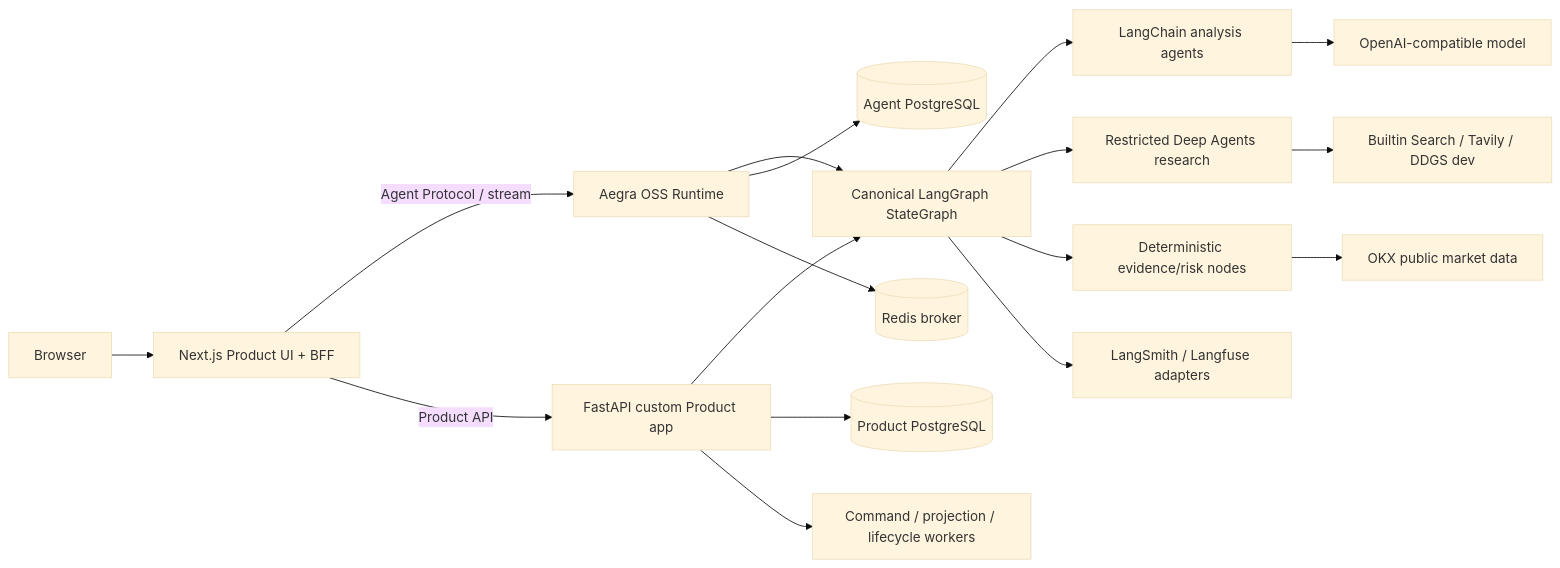
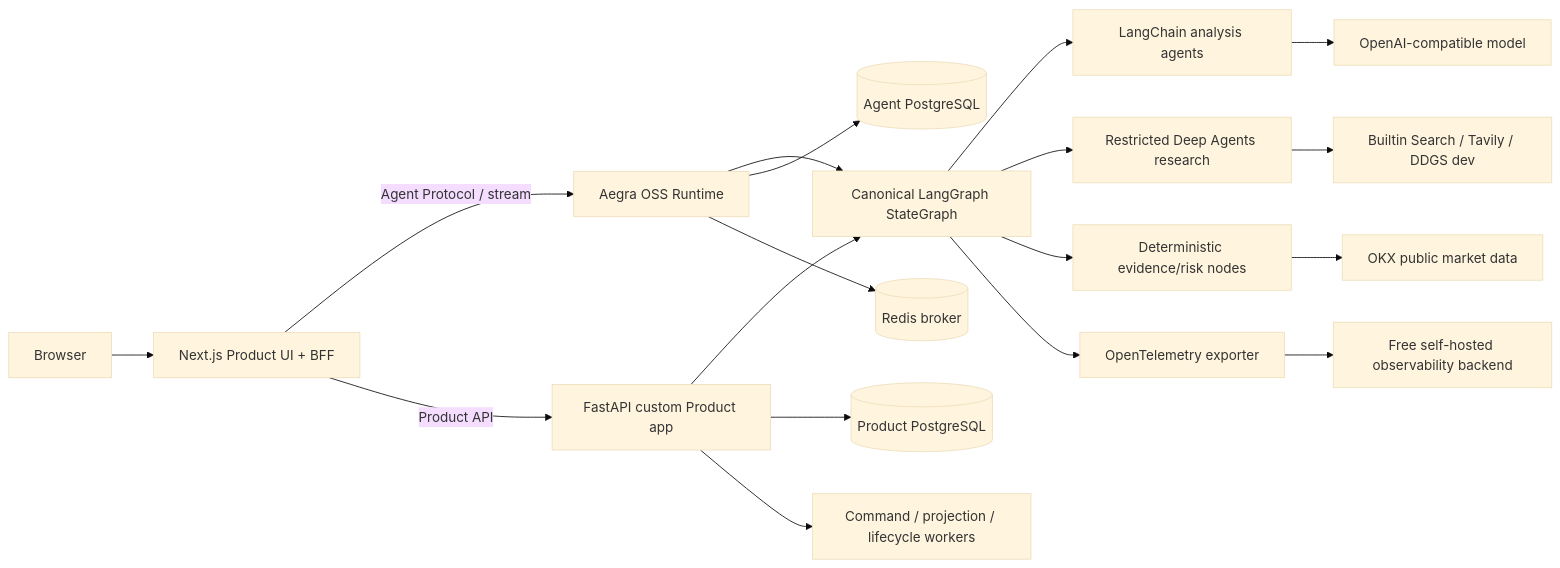
One commit to luguochang/crypto-manual-alert changed the third of 3 diagrams in README.en.md. Above: the diagram before and after it, drawn with Mermaid (base theme). The commit also changed other lines of this file and 10 other files, not shown here.

````diff
--- a/README.en.md
+++ b/README.en.md
@@ -200,19 +239,20 @@
 ```mermaid
 flowchart LR
     U["Browser"] --> N["Next.js Product UI + BFF"]
     N -->|"Agent Protocol / stream"| A["Aegra OSS Runtime"]
     N -->|"Product API"| P["FastAPI custom Product app"]
     A --> G["Canonical LangGraph StateGraph"]
     P --> G
     G --> LC["LangChain analysis agents"]
     G --> DA["Restricted Deep Agents research"]
     G --> DG["Deterministic evidence/risk nodes"]
     LC --> M["OpenAI-compatible model"]
     DA --> S["Builtin Search / Tavily / DDGS dev"]
     DG --> O["OKX public market data"]
     A --> AP[("Agent PostgreSQL")]
     P --> PP[("Product PostgreSQL")]
     A --> R[("Redis broker")]
     P --> W["Command / projection / lifecycle workers"]
-    G --> OBS["LangSmith / Langfuse adapters"]
+    G --> OBS["OpenTelemetry exporter"]
+    OBS --> OB["Free self-hosted observability backend"]
 ```
````
